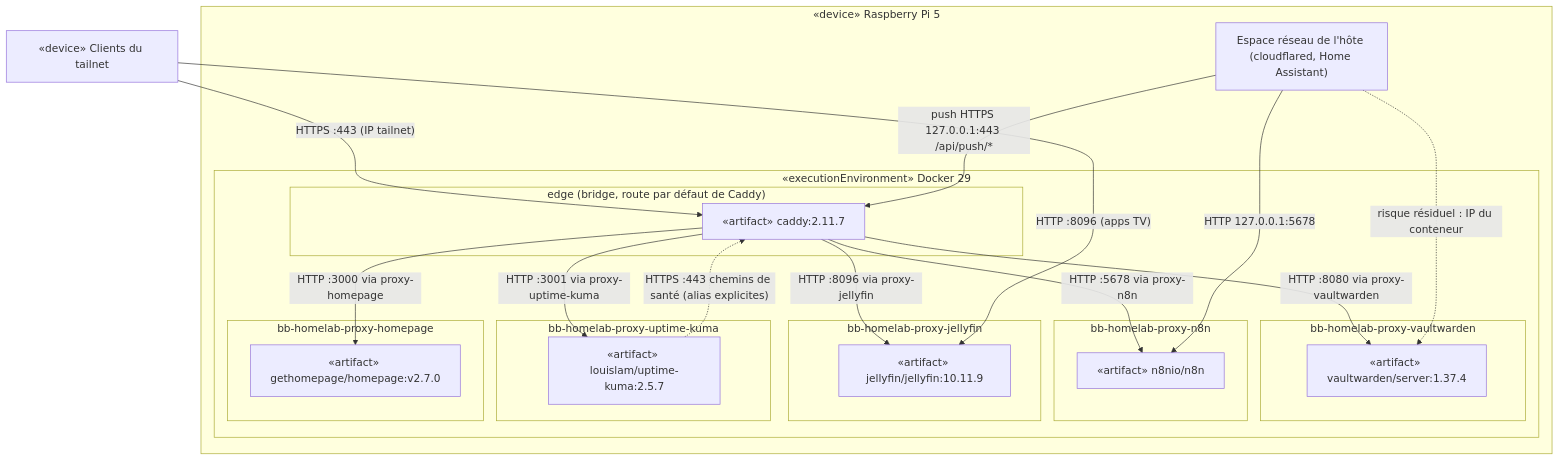
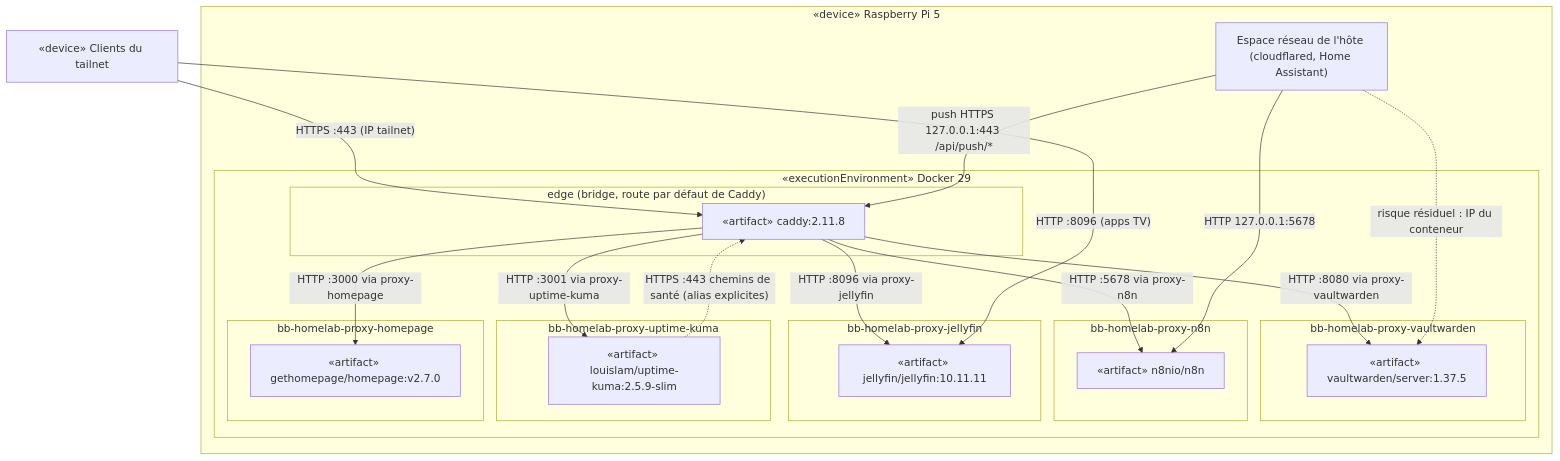
The diagram in docs/architecture/diagrams/network-isolation/08-deployment.md (benoit-bremaud/bb-homelab), drawn with Mermaid before and after one commit. The commit also changed 18 other files, not shown here.

````diff
--- a/docs/architecture/diagrams/network-isolation/08-deployment.md
+++ b/docs/architecture/diagrams/network-isolation/08-deployment.md
@@ -27,40 +27,40 @@
 ```mermaid
 flowchart TB
   tailnet["«device» Clients du tailnet"]
 
   subgraph pi5 ["«device» Raspberry Pi 5"]
     subgraph docker ["«executionEnvironment» Docker 29"]
       subgraph edge ["edge (bridge, route par défaut de Caddy)"]
-        caddy["«artifact» caddy:2.11.7"]
+        caddy["«artifact» caddy:2.11.8"]
       end
       subgraph netvw ["bb-homelab-proxy-vaultwarden"]
-        vw["«artifact» vaultwarden/server:1.37.4"]
+        vw["«artifact» vaultwarden/server:1.37.5"]
       end
       subgraph netn8n ["bb-homelab-proxy-n8n"]
         n8n["«artifact» n8nio/n8n"]
       end
       subgraph netjf ["bb-homelab-proxy-jellyfin"]
-        jf["«artifact» jellyfin/jellyfin:10.11.9"]
+        jf["«artifact» jellyfin/jellyfin:10.11.11"]
       end
       subgraph netkuma ["bb-homelab-proxy-uptime-kuma"]
-        kuma["«artifact» louislam/uptime-kuma:2.5.7"]
+        kuma["«artifact» louislam/uptime-kuma:2.5.9-slim"]
       end
       subgraph nethp ["bb-homelab-proxy-homepage"]
         hp["«artifact» gethomepage/homepage:v2.7.0"]
       end
     end
     hostns["Espace réseau de l'hôte (cloudflared, Home Assistant)"]
   end
 
   tailnet -->|"HTTPS :443 (IP tailnet)"| caddy
   caddy -->|"HTTP :8080 via proxy-vaultwarden"| vw
   caddy -->|"HTTP :5678 via proxy-n8n"| n8n
   caddy -->|"HTTP :8096 via proxy-jellyfin"| jf
   caddy -->|"HTTP :3001 via proxy-uptime-kuma"| kuma
   caddy -->|"HTTP :3000 via proxy-homepage"| hp
   kuma -.->|"HTTPS :443 chemins de santé (alias explicites)"| caddy
   hostns -->|"HTTP 127.0.0.1:5678"| n8n
   hostns -->|"push HTTPS 127.0.0.1:443 /api/push/*"| caddy
   tailnet -->|"HTTP :8096 (apps TV)"| jf
   hostns -.->|"risque résiduel : IP du conteneur"| vw
 ```
````
